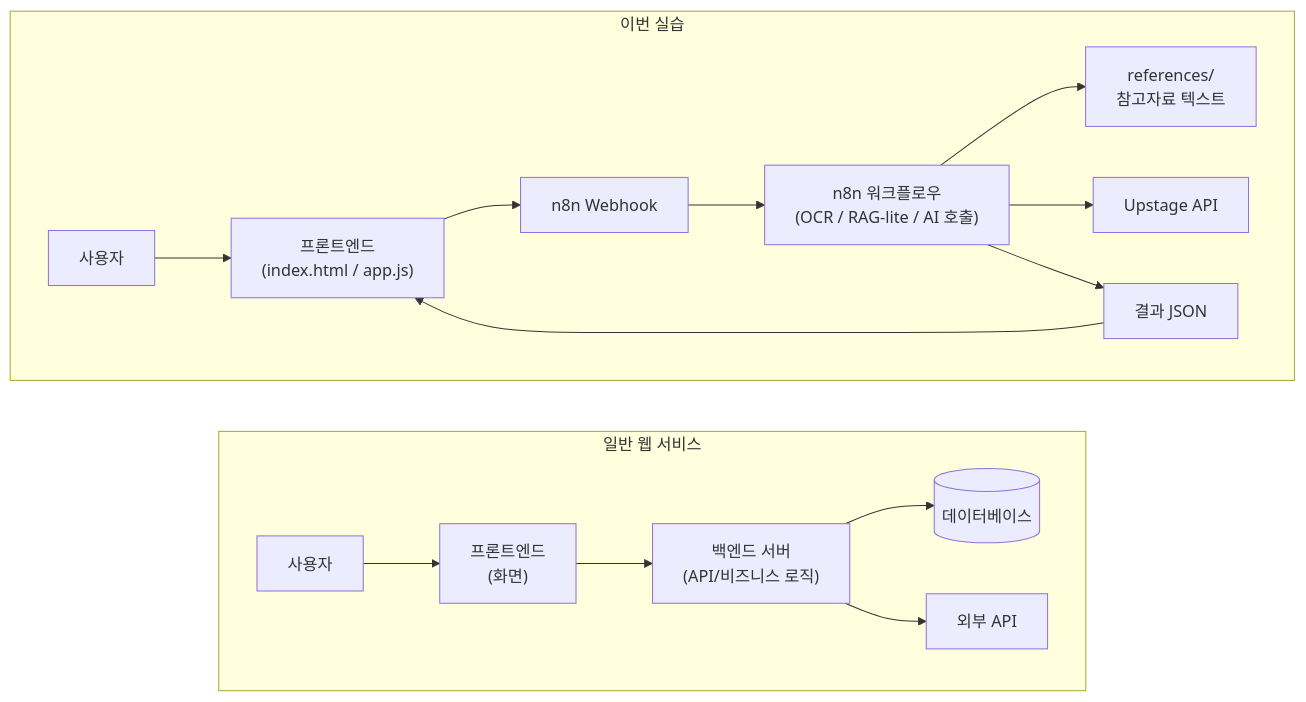
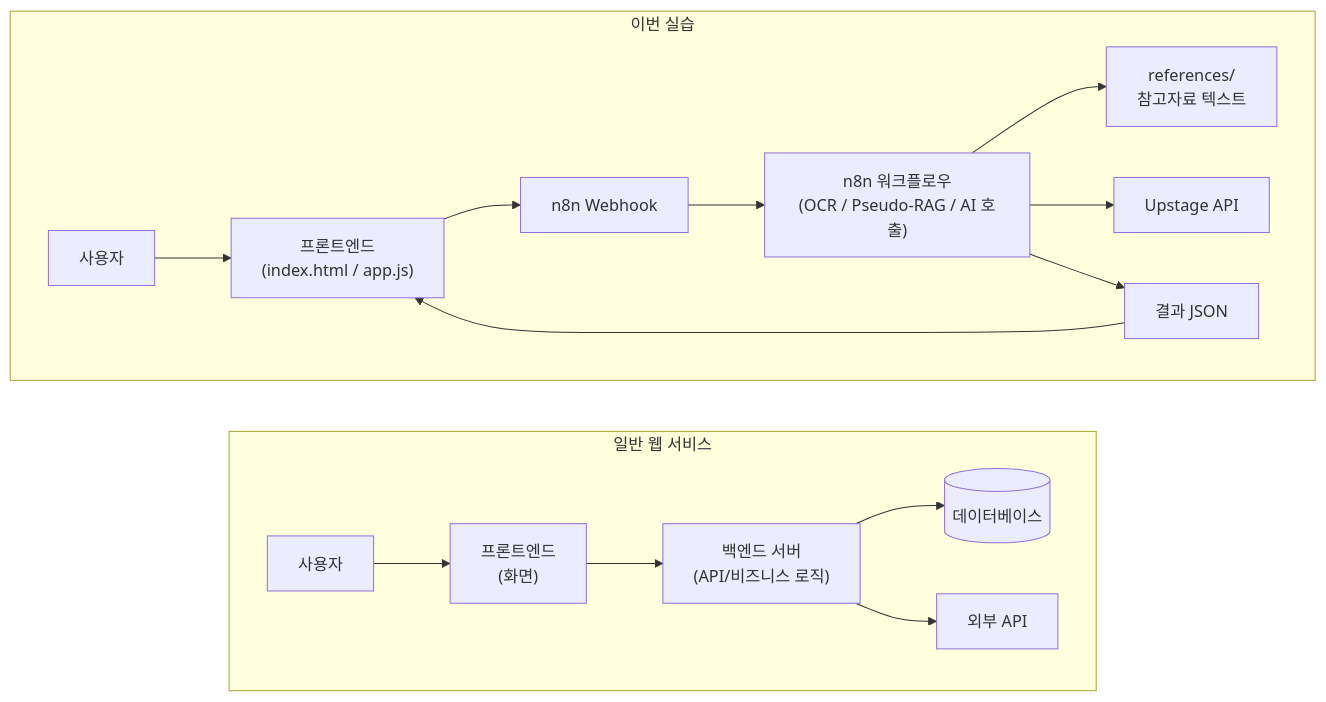
Before and after one commit to snorose/2026-hackathon-hands-on-wiki: the diagram in docs/setup/folder-structure.md, drawn with Mermaid. The commit also changed other lines of this file and 19 other files, not shown here.

````diff
--- a/docs/setup/folder-structure.md
+++ b/docs/setup/folder-structure.md
@@ -37,21 +37,21 @@
 ```mermaid
 flowchart LR
     subgraph classic["일반 웹 서비스"]
         direction LR
         user1["사용자"] --> frontend1["프론트엔드<br/>(화면)"]
         frontend1 --> backend1["백엔드 서버<br/>(API/비즈니스 로직)"]
         backend1 --> database1[("데이터베이스")]
         backend1 --> api1["외부 API"]
     end
 
     subgraph practice["이번 실습"]
         direction LR
         user2["사용자"] --> frontend2["프론트엔드<br/>(index.html / app.js)"]
         frontend2 --> webhook2["n8n Webhook"]
-        webhook2 --> workflow2["n8n 워크플로우<br/>(OCR / RAG-lite / AI 호출)"]
+        webhook2 --> workflow2["n8n 워크플로우<br/>(OCR / Pseudo-RAG / AI 호출)"]
         workflow2 --> reference2["references/<br/>참고자료 텍스트"]
         workflow2 --> api2["Upstage API"]
         workflow2 --> result2["결과 JSON"]
         result2 --> frontend2
     end
 ```
````
